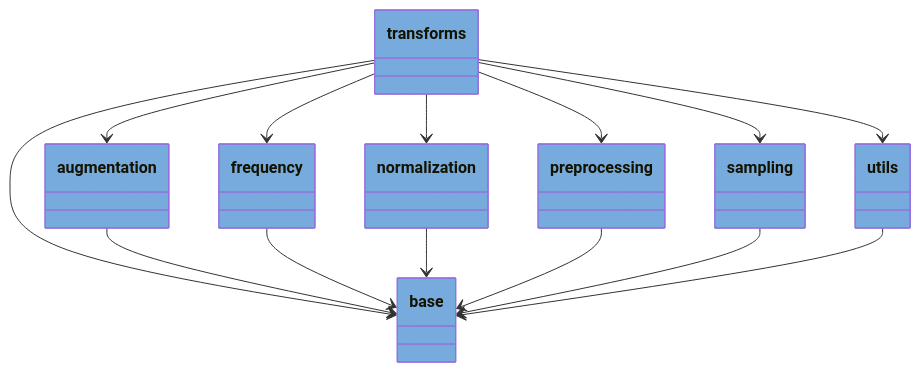
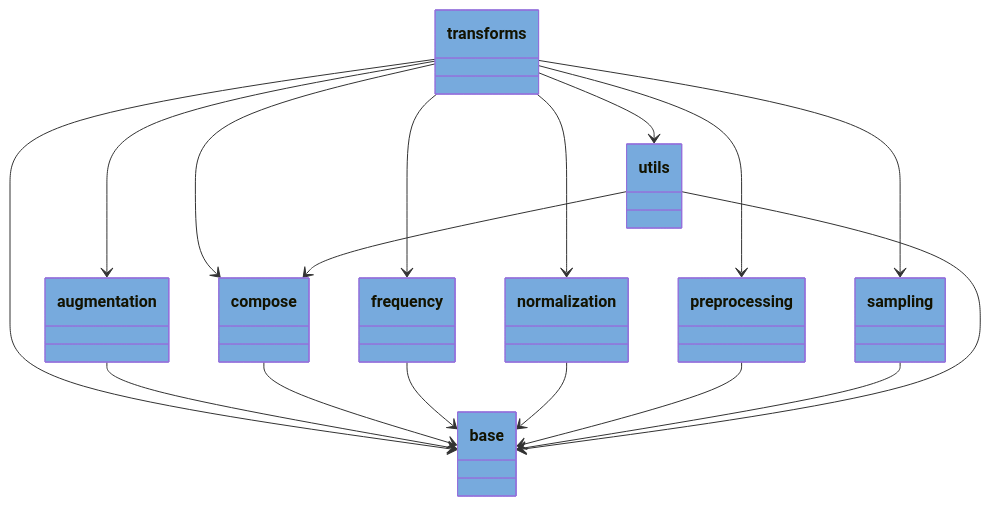
One commit to voidsy-gmbh/pyThermoNDT changed the diagram in docs/pyreverse/mermaid/packages_pythermondt.transforms.mmd. Above: the diagram before and after it, drawn with Mermaid. The commit also changed 19 other files, not shown here.

```diff
--- a/docs/pyreverse/mermaid/packages_pythermondt.transforms.mmd
+++ b/docs/pyreverse/mermaid/packages_pythermondt.transforms.mmd
@@ -1,38 +1,44 @@
 classDiagram
   class transforms {
   }
   style transforms fill:#77AADD
   class augmentation {
   }
   style augmentation fill:#77AADD
   class base {
   }
   style base fill:#77AADD
+  class compose {
+  }
+  style compose fill:#77AADD
   class frequency {
   }
   style frequency fill:#77AADD
   class normalization {
   }
   style normalization fill:#77AADD
   class preprocessing {
   }
   style preprocessing fill:#77AADD
   class sampling {
   }
   style sampling fill:#77AADD
   class utils {
   }
   style utils fill:#77AADD
   transforms --> augmentation
   transforms --> base
+  transforms --> compose
   transforms --> frequency
   transforms --> normalization
   transforms --> preprocessing
   transforms --> sampling
   transforms --> utils
   augmentation --> base
+  compose --> base
   frequency --> base
   normalization --> base
   preprocessing --> base
   sampling --> base
   utils --> base
+  utils --> compose
```
